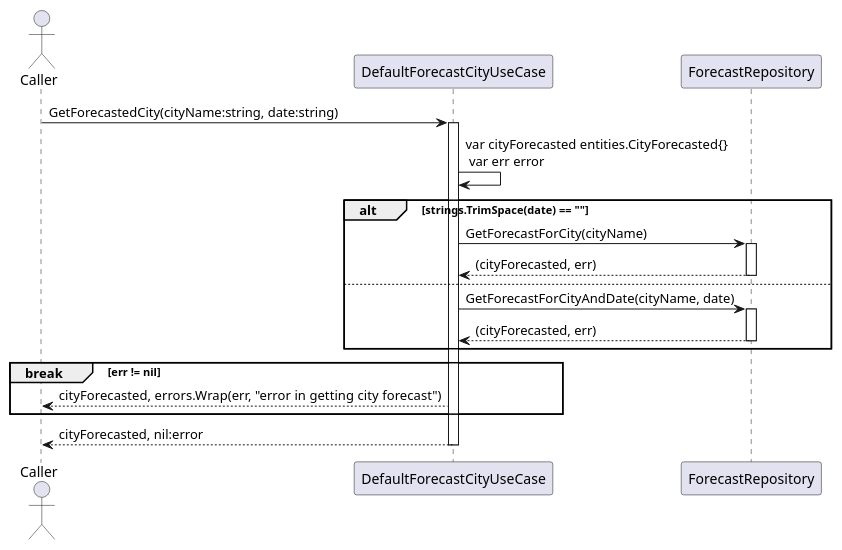
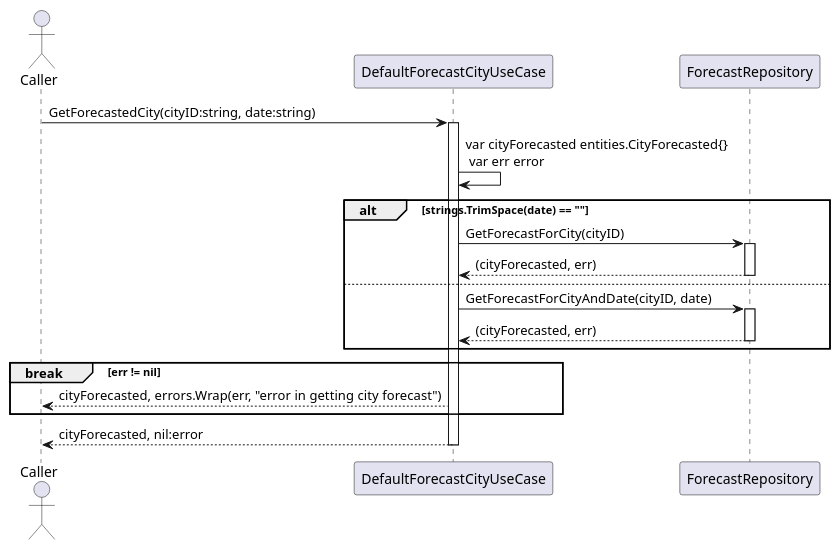
One commit to micoyeye22/TUITechHomework changed the diagram in docs/usecases/forecastcity/usecase/default_forecast_city_use_case_get_forecast_city_seq.puml. Above: the diagram before and after it, drawn with PlantUML. The commit also changed 7 other files, not shown here.

Commit message:
Added API design for setting and getting forecast for city

```diff
--- a/docs/usecases/forecastcity/usecase/default_forecast_city_use_case_get_forecast_city_seq.puml
+++ b/docs/usecases/forecastcity/usecase/default_forecast_city_use_case_get_forecast_city_seq.puml
@@ -1,26 +1,26 @@
 @startuml
 
 actor Caller as C
 participant DefaultForecastCityUseCase as UC
 participant ForecastRepository as R
 
-C -> UC : GetForecastedCity(cityName:string, date:string)
+C -> UC : GetForecastedCity(cityID:string, date:string)
 activate UC
     UC -> UC : var cityForecasted entities.CityForecasted{}\n var err error
     alt strings.TrimSpace(date) == ""
-        UC -> R : GetForecastForCity(cityName)
+        UC -> R : GetForecastForCity(cityID)
         activate R
             UC <-- R : (cityForecasted, err)
         deactivate
     else
-        UC -> R : GetForecastForCityAndDate(cityName, date)
+        UC -> R : GetForecastForCityAndDate(cityID, date)
          activate R
              UC <-- R : (cityForecasted, err)
          deactivate
     end
     break err != nil
         UC --> C : cityForecasted, errors.Wrap(err, "error in getting city forecast")
     end
     UC --> C : cityForecasted, nil:error
 deactivate
 @enduml
```
